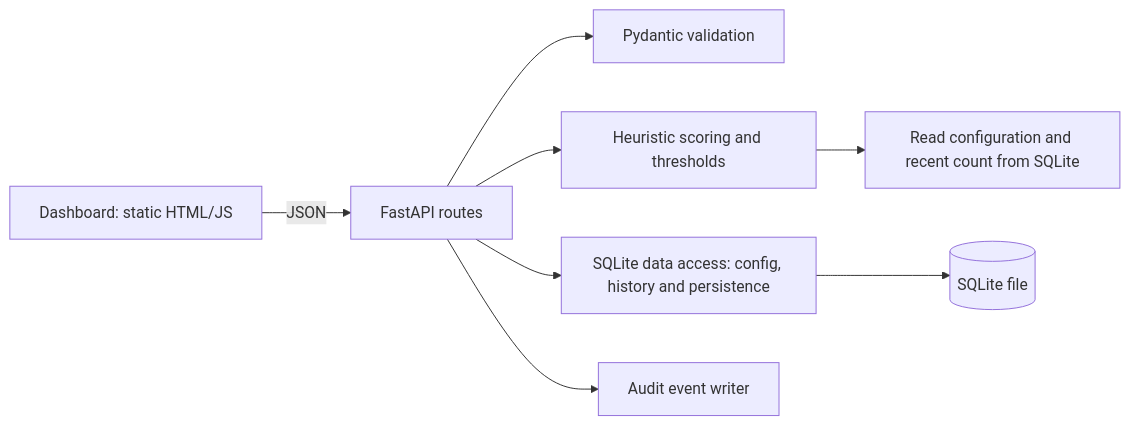
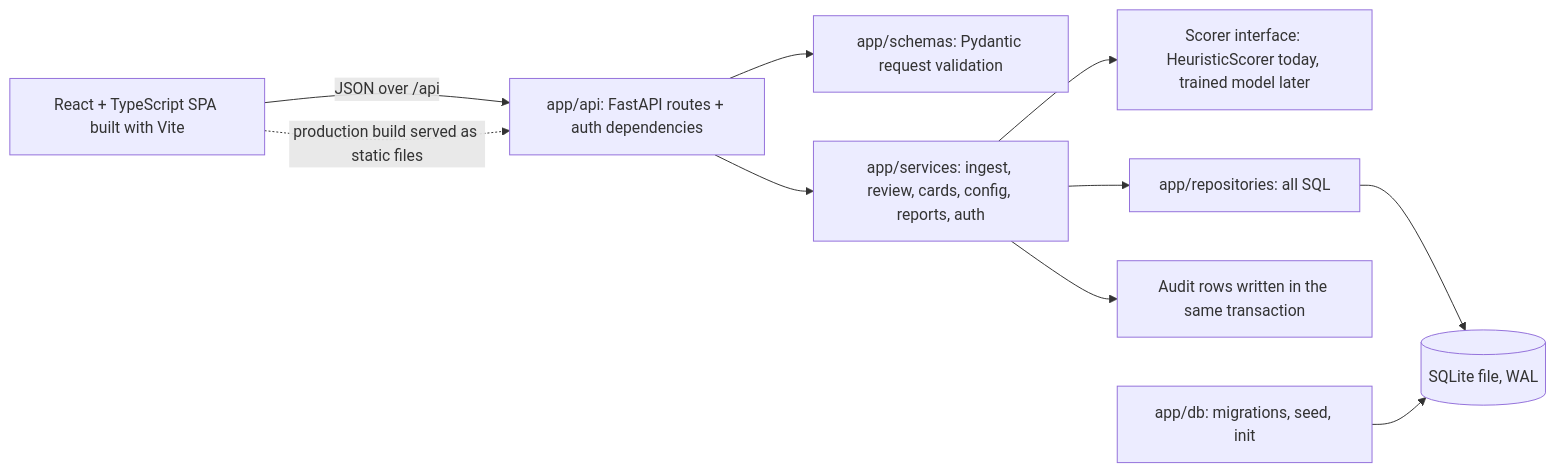
Diagram 13 of 15 in docs/lab-alignment.md (bhavitanand/Fraud-Detection-SE-Lab), drawn with Mermaid before and after one commit. The commit also changed other lines of this file and 67 other files, not shown here.

First line of the commit message:
Build full fraud review demonstrator

````diff
--- a/docs/lab-alignment.md
+++ b/docs/lab-alignment.md
@@ -248,10 +287,12 @@
 ```mermaid
 flowchart LR
- Browser[Dashboard: static HTML/JS] -->|JSON| API[FastAPI routes]
- API --> Validate[Pydantic validation]
- API --> Scorer[Heuristic scoring and thresholds]
- API --> Repo[SQLite data access: config, history and persistence]
- Repo --> DB[(SQLite file)]
- API --> Audit[Audit event writer]
- Scorer --> Config[Read configuration and recent count from SQLite]
+ Browser[React + TypeScript SPA built with Vite] -->|JSON over /api| API[app/api: FastAPI routes + auth dependencies]
+ API --> Schemas[app/schemas: Pydantic request validation]
+ API --> Services[app/services: ingest, review, cards, config, reports, auth]
+ Services --> Scorer[Scorer interface: HeuristicScorer today, trained model later]
+ Services --> Repo[app/repositories: all SQL]
+ Repo --> DB[(SQLite file, WAL)]
+ Services --> Audit[Audit rows written in the same transaction]
+ Boot[app/db: migrations, seed, init] --> DB
+ Browser -. production build served as static files .-> API
 ```
````
